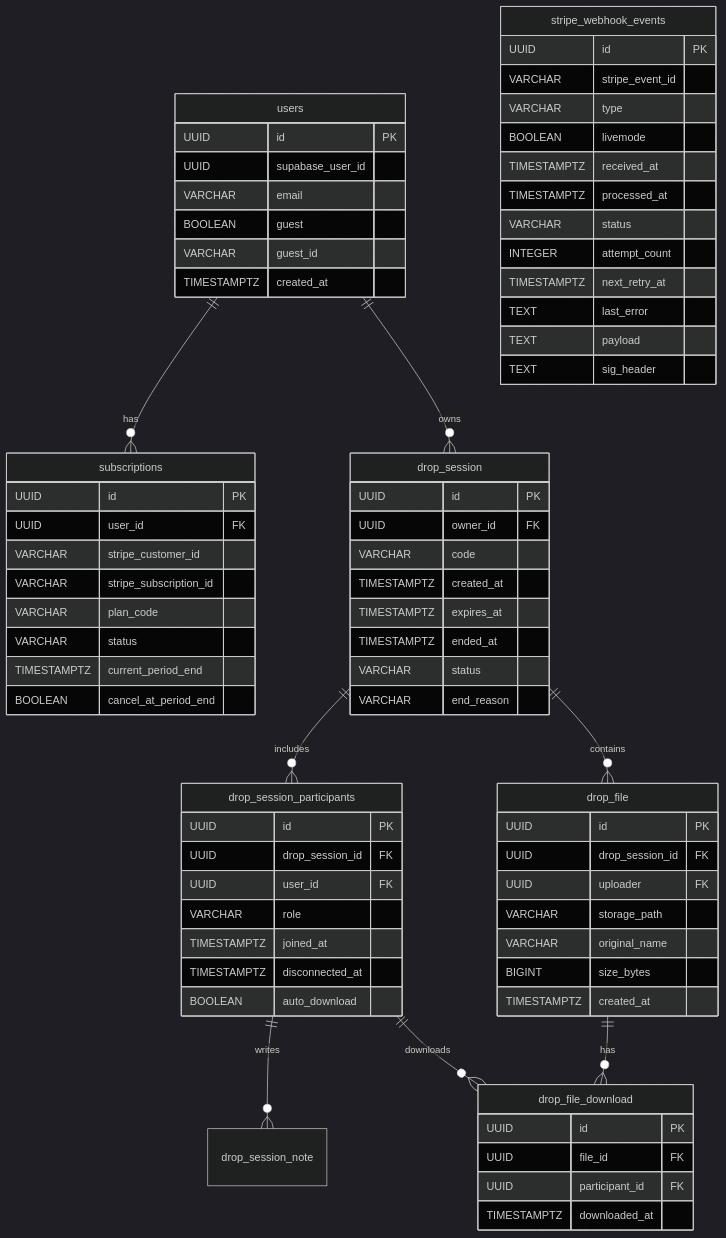
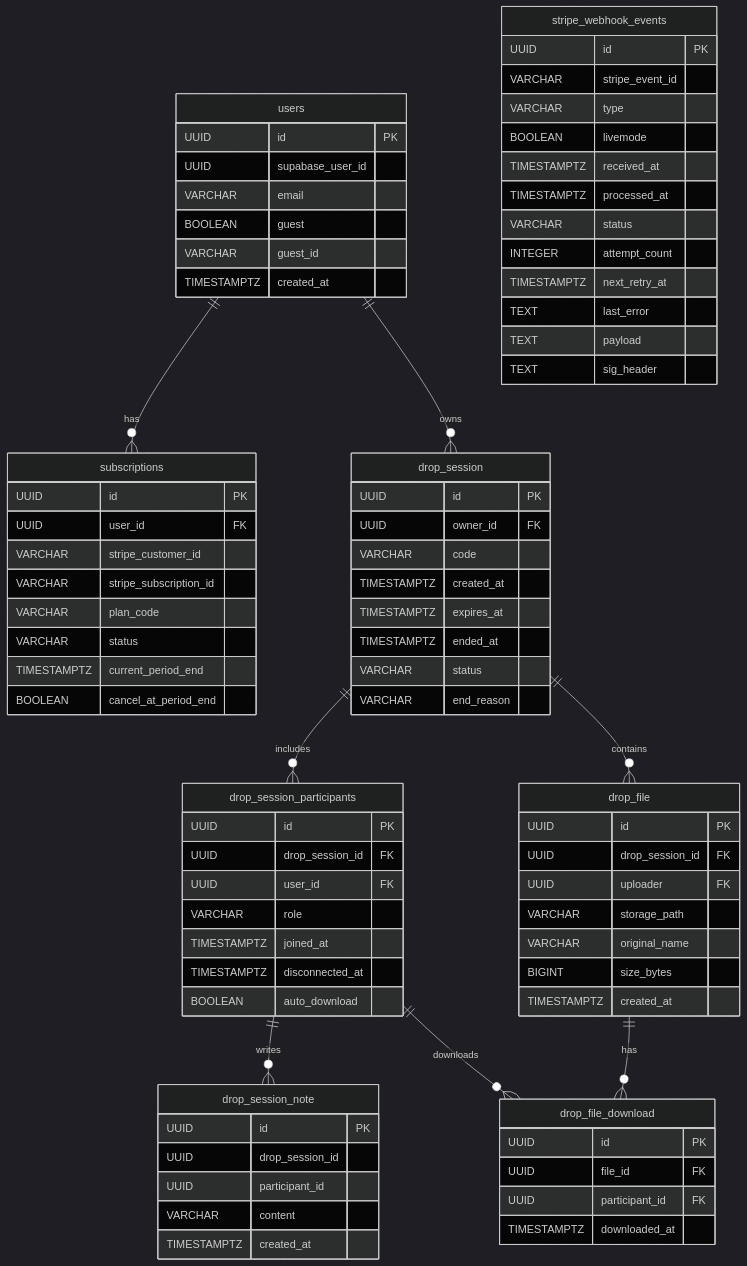
Before and after one commit to 10xDeVv/LazyDrop: the diagram in ARCHITECTURE.md, drawn with Mermaid (dark theme). The commit also changed 1 other file, not shown here.

Commit message:
Refactor Dockerfile and update architecture documentation to include drop_session_note table

```diff
--- a/ARCHITECTURE.md
+++ b/ARCHITECTURE.md
@@ -87,6 +87,14 @@
     TIMESTAMPTZ created_at
   }
 
+    drop_session_note {
+        UUID id PK
+        UUID drop_session_id
+        UUID participant_id
+        VARCHAR content
+        TIMESTAMPTZ created_at
+    }
+
   drop_file_download {
     UUID id PK
     UUID file_id FK
```
